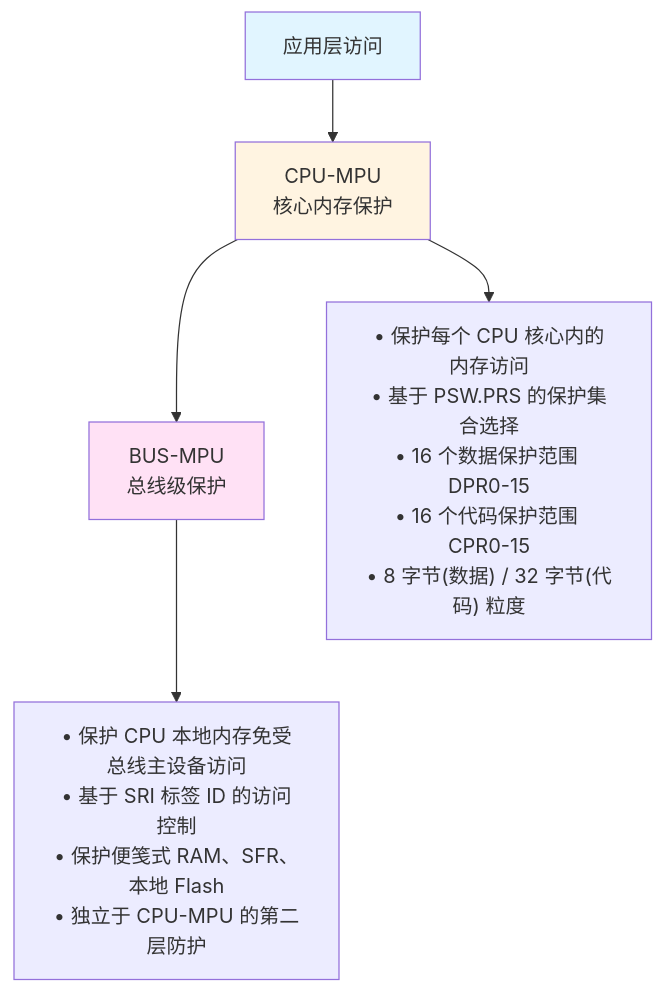
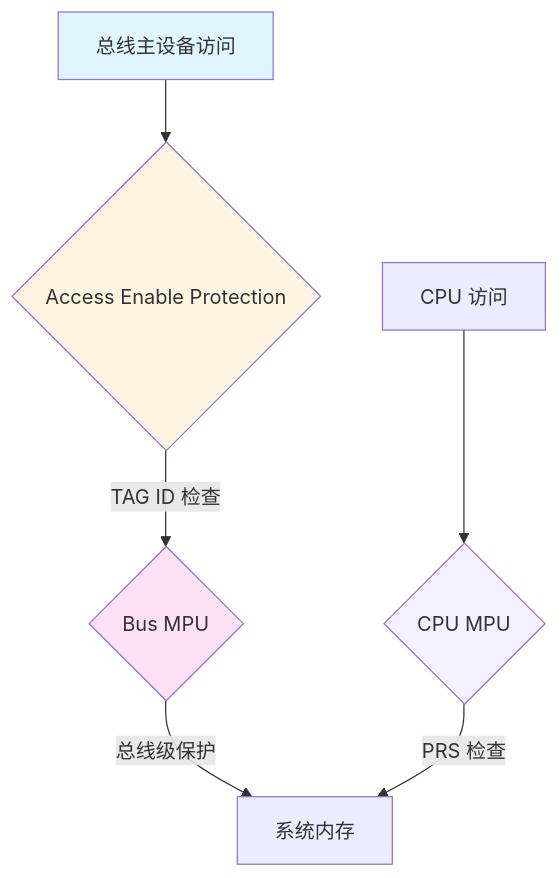
Before and after one commit to melodypapa/melodypapa.github.io: the first of 2 diagrams in _posts/2026_01/2026-01-24-aurix-tc3xx-mpu-region-usage.md, drawn with Mermaid. The commit also changed other lines of this file, not shown here.

Commit message:
Update the MPU page

````diff
--- a/_posts/2026_01/2026-01-24-aurix-tc3xx-mpu-region-usage.md
+++ b/_posts/2026_01/2026-01-24-aurix-tc3xx-mpu-region-usage.md
@@ -30,13 +182,14 @@
 ```mermaid
 graph TD
-    A[应用层访问] --> B[CPU-MPU<br/>核心内存保护]
-    B --> C[BUS-MPU<br/>总线级保护]
+    A[总线主设备访问] --> B{Access Enable Protection}
+    B -->|TAG ID 检查| C{Bus MPU}
+    C -->|总线级保护| D[CPU 本地内存]
 
-    B --> B1["• 保护每个 CPU 核心内的内存访问<br/>• 基于 PSW.PRS 的保护集合选择<br/>• 16 个数据保护范围 DPR0-15<br/>• 16 个代码保护范围 CPR0-15<br/>• 8 字节(数据) / 32 字节(代码) 粒度"]
-
-    C --> C1["• 保护 CPU 本地内存免受总线主设备访问<br/>• 基于 SRI 标签 ID 的访问控制<br/>• 保护便笺式 RAM、SFR、本地 Flash<br/>• 独立于 CPU-MPU 的第二层防护"]
+    E[CPU 访问] --> F{CPU MPU}
+    F -->|PRS 检查| D[系统内存]
 
     style A fill:#e1f5ff
     style B fill:#fff4e1
     style C fill:#ffe1f5
+    style F fill:#f3f0ff
 ```
````
